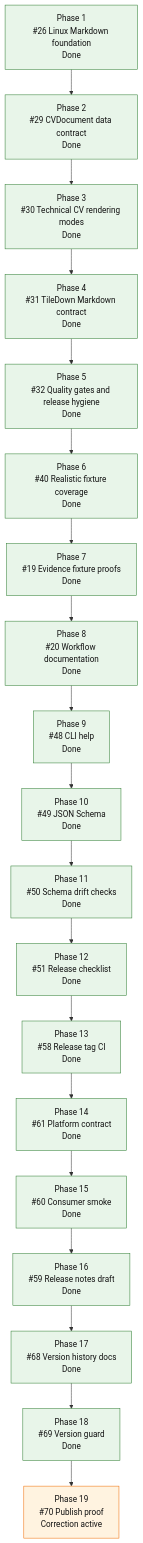
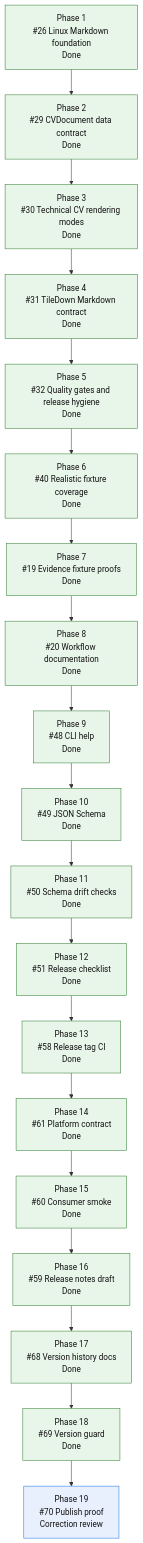
The diagram in README.md (mihaelamj/cvbuilder), drawn with Mermaid before and after one commit. The commit also changed 1 other file, not shown here.

Commit message:
docs(roadmap): mark release correction in review

````diff
--- a/README.md
+++ b/README.md
@@ -169,36 +169,36 @@
 ```mermaid
 flowchart TD
     P1["Phase 1<br/>#26 Linux Markdown foundation<br/>Done"]
     P2["Phase 2<br/>#29 CVDocument data contract<br/>Done"]
     P3["Phase 3<br/>#30 Technical CV rendering modes<br/>Done"]
     P4["Phase 4<br/>#31 TileDown Markdown contract<br/>Done"]
     P5["Phase 5<br/>#32 Quality gates and release hygiene<br/>Done"]
     P6["Phase 6<br/>#40 Realistic fixture coverage<br/>Done"]
     P7["Phase 7<br/>#19 Evidence fixture proofs<br/>Done"]
     P8["Phase 8<br/>#20 Workflow documentation<br/>Done"]
     P9["Phase 9<br/>#48 CLI help<br/>Done"]
     P10["Phase 10<br/>#49 JSON Schema<br/>Done"]
     P11["Phase 11<br/>#50 Schema drift checks<br/>Done"]
     P12["Phase 12<br/>#51 Release checklist<br/>Done"]
     P13["Phase 13<br/>#58 Release tag CI<br/>Done"]
     P14["Phase 14<br/>#61 Platform contract<br/>Done"]
     P15["Phase 15<br/>#60 Consumer smoke<br/>Done"]
     P16["Phase 16<br/>#59 Release notes draft<br/>Done"]
     P17["Phase 17<br/>#68 Version history docs<br/>Done"]
     P18["Phase 18<br/>#69 Version guard<br/>Done"]
-    P19["Phase 19<br/>#70 Publish proof<br/>Correction active"]
+    P19["Phase 19<br/>#70 Publish proof<br/>Correction review"]
 
     P1 --> P2 --> P3 --> P4 --> P5 --> P6 --> P7 --> P8 --> P9 --> P10 --> P11 --> P12 --> P13 --> P14 --> P15 --> P16 --> P17 --> P18 --> P19
 
     classDef done fill:#e8f5e9,stroke:#2e7d32,color:#111;
     classDef active fill:#fff3e0,stroke:#ef6c00,color:#111;
     classDef review fill:#e8f0fe,stroke:#1a73e8,color:#111;
     classDef next fill:#fff8e1,stroke:#f9a825,color:#111;
     classDef partial fill:#e0f7fa,stroke:#00838f,color:#111;
     classDef todo fill:#eef3ff,stroke:#3367d6,color:#111;
     class P1,P2,P3,P4 done;
     class P5,P6,P7,P8,P9,P10,P11,P12,P13,P14,P15,P16 done;
     class P17 done;
     class P18 done;
-    class P19 active;
+    class P19 review;
 ```
````
